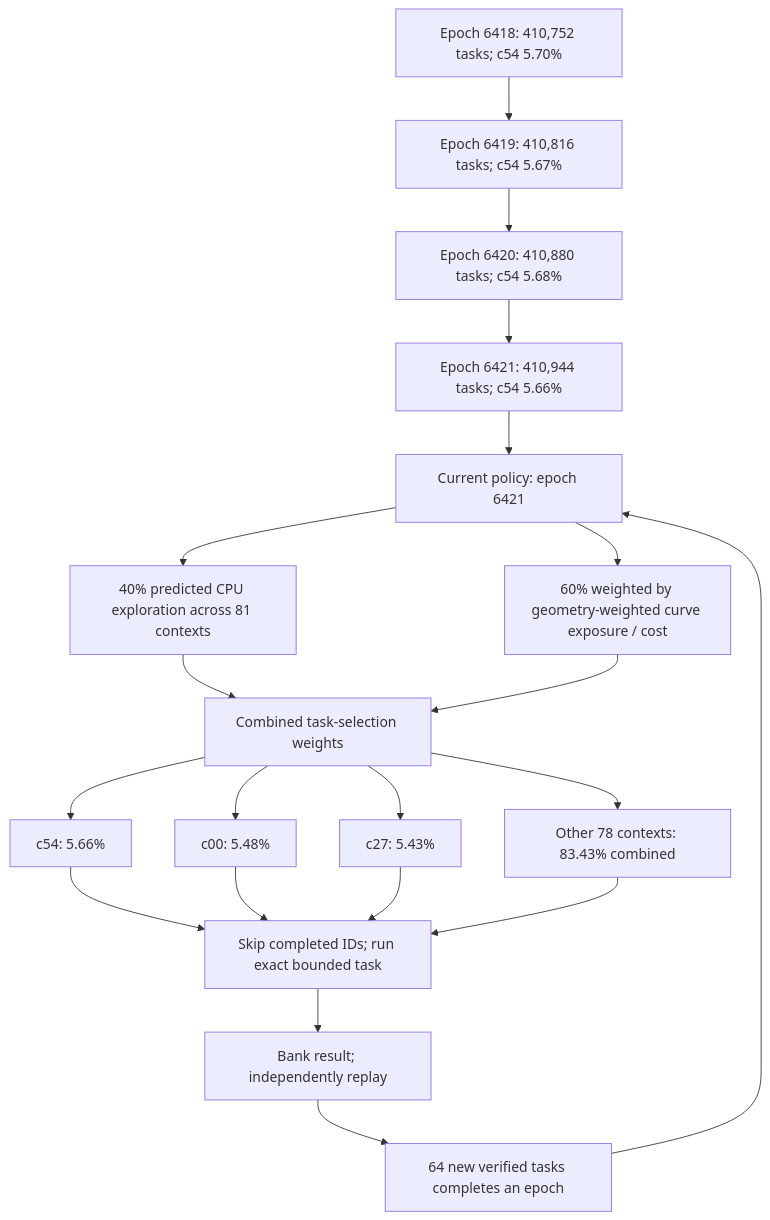
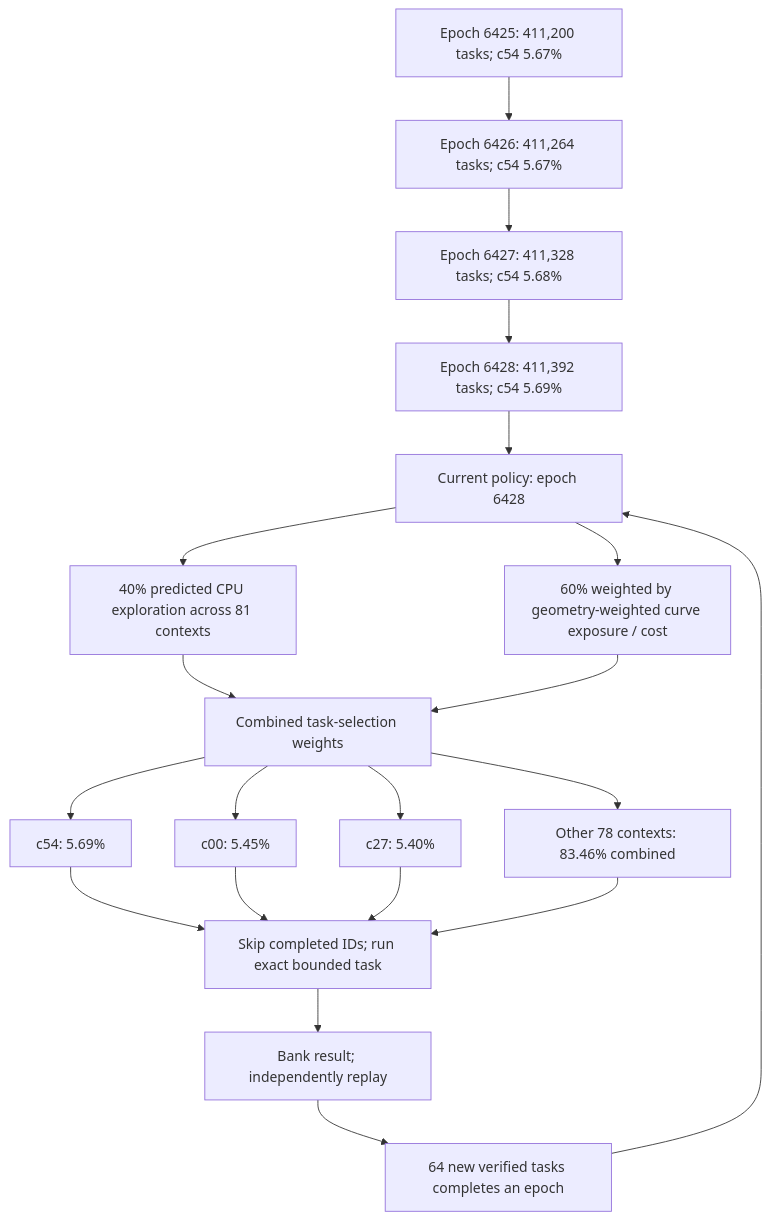
One commit to Kuberwastaken/math-gambling changed the first of 4 diagrams in README.md. Above: the diagram before and after it, drawn with Mermaid. The commit also changed other lines of this file and 1410 other files, not shown here.

````diff
--- a/README.md
+++ b/README.md
@@ -60,27 +60,27 @@
 ```mermaid
 flowchart TD
-    H0["Epoch 6418: 410,752 tasks; c54 5.70%"]
-    H1["Epoch 6419: 410,816 tasks; c54 5.67%"]
+    H0["Epoch 6425: 411,200 tasks; c54 5.67%"]
+    H1["Epoch 6426: 411,264 tasks; c54 5.67%"]
     H0 --> H1
-    H2["Epoch 6420: 410,880 tasks; c54 5.68%"]
+    H2["Epoch 6427: 411,328 tasks; c54 5.68%"]
     H1 --> H2
-    H3["Epoch 6421: 410,944 tasks; c54 5.66%"]
+    H3["Epoch 6428: 411,392 tasks; c54 5.69%"]
     H2 --> H3
-    Policy["Current policy: epoch 6421"]
+    Policy["Current policy: epoch 6428"]
     H3 --> Policy
     Policy --> Explore["40% predicted CPU exploration across 81 contexts"]
     Policy --> Cost["60% weighted by geometry-weighted curve exposure / cost"]
     Explore --> Mix["Combined task-selection weights"]
     Cost --> Mix
-    Mix --> C0["c54: 5.66%"]
-    Mix --> C1["c00: 5.48%"]
-    Mix --> C2["c27: 5.43%"]
-    Mix --> Rest["Other 78 contexts: 83.43% combined"]
+    Mix --> C0["c54: 5.69%"]
+    Mix --> C1["c00: 5.45%"]
+    Mix --> C2["c27: 5.40%"]
+    Mix --> Rest["Other 78 contexts: 83.46% combined"]
     C0 --> Check["Skip completed IDs; run exact bounded task"]
     C1 --> Check
     C2 --> Check
     Rest --> Check
     Check --> Replay["Bank result; independently replay"]
     Replay --> Gate["64 new verified tasks completes an epoch"]
     Gate --> Policy
 ```
````
